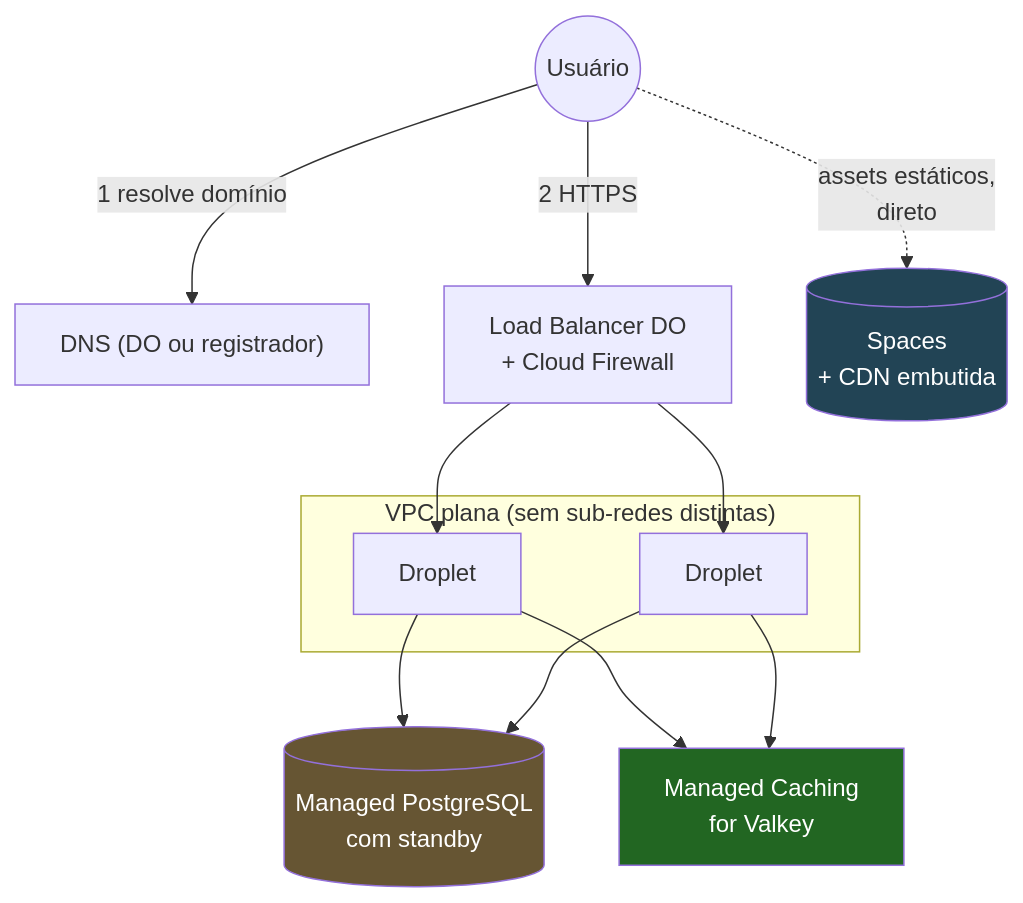
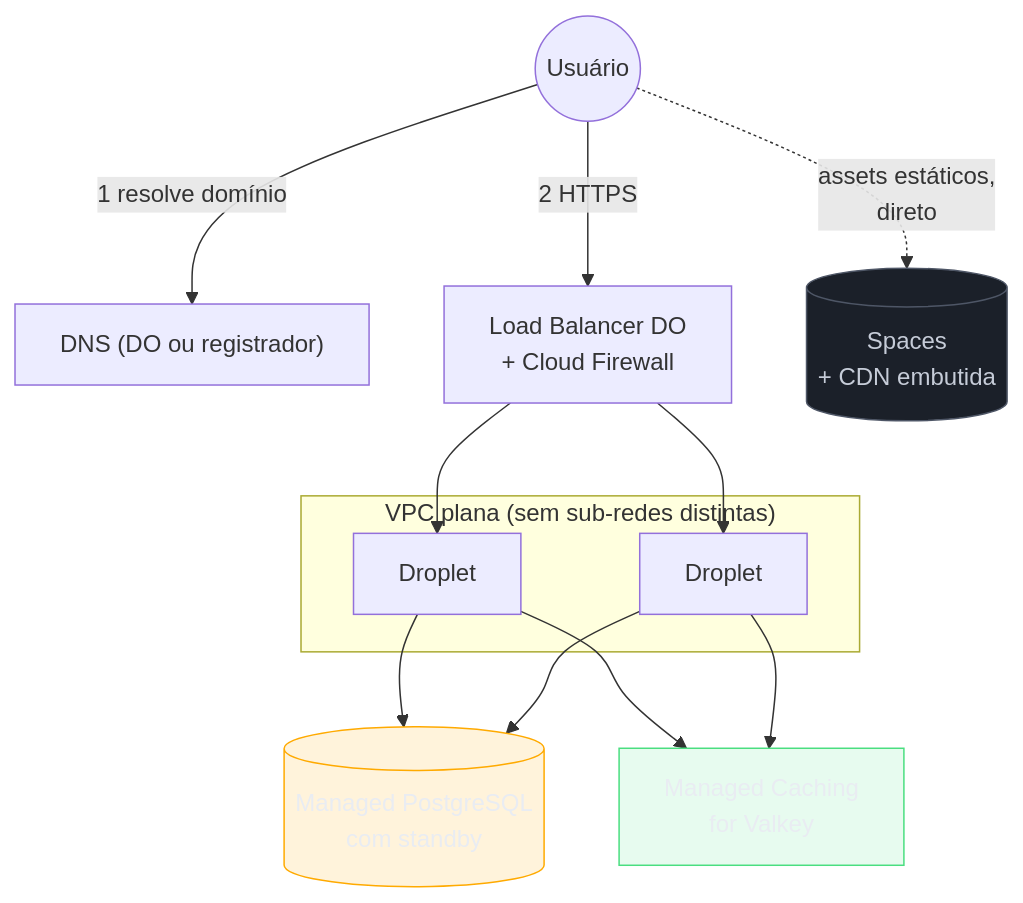
One commit to josenaldo/codex-technomanticus changed the third of 3 diagrams in 03-Dominios/Tecnologia/Cloud/10 - DNS, CDN e borda/06 - Arquitetura ponta a ponta (capstone do Bloco 2).md. Above: the diagram before and after it, drawn with Mermaid. The commit also changed other lines of this file and 1181 other files, not shown here.

First line of the commit message:
fix(diagramas): paleta do sistema no lugar de cor cravada no markdown

````diff
--- a/03-Dominios/Tecnologia/Cloud/10 - DNS, CDN e borda/06 - Arquitetura ponta a ponta (capstone do Bloco 2).md
+++ b/03-Dominios/Tecnologia/Cloud/10 - DNS, CDN e borda/06 - Arquitetura ponta a ponta (capstone do Bloco 2).md
@@ -292,29 +297,32 @@
 ```mermaid
 flowchart TB
+    classDef destaque fill:#FFAA0024,stroke:#FFAA00,color:#E9ECF2
+    classDef ok fill:#4ADE8021,stroke:#4ADE80,color:#E9ECF2
+    classDef neutro fill:#1B2029,stroke:#4E5666,color:#C6CCD8
     User(("Usuário"))
     DNSdo["DNS (DO ou registrador)"]
     LB["Load Balancer DO<br/>+ Cloud Firewall"]
 
     subgraph VPCdo["VPC plana (sem sub-redes distintas)"]
         D1["Droplet"]
         D2["Droplet"]
     end
 
     DBdo[("Managed PostgreSQL<br/>com standby")]
     Cachedo["Managed Caching<br/>for Valkey"]
     Spaces[("Spaces<br/>+ CDN embutida")]
 
     User -->|"1 resolve domínio"| DNSdo
     User -->|"2 HTTPS"| LB
     LB --> D1
     LB --> D2
     D1 --> DBdo
     D2 --> DBdo
     D1 --> Cachedo
     D2 --> Cachedo
     User -.->|"assets estáticos,<br/>direto"| Spaces
 
-    style DBdo fill:#653,color:#fff
-    style Cachedo fill:#262,color:#fff
-    style Spaces fill:#245,color:#fff
+    class DBdo destaque
+    class Cachedo ok
+    class Spaces neutro
 ```
````
